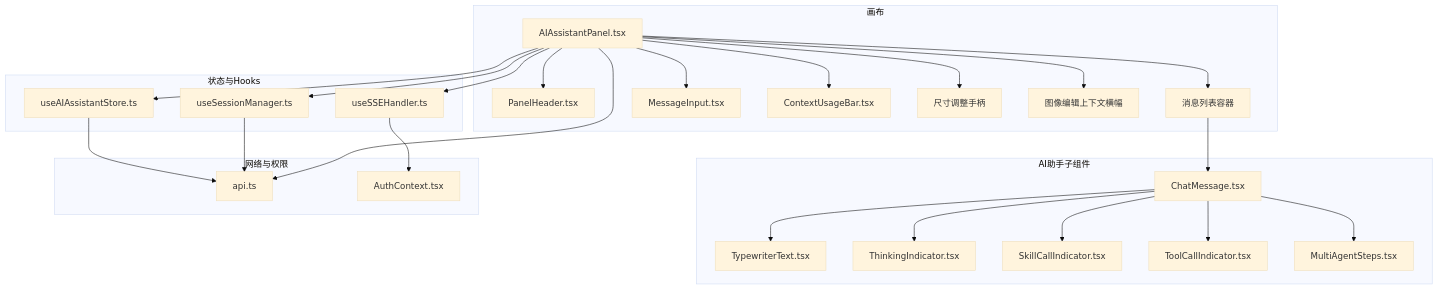
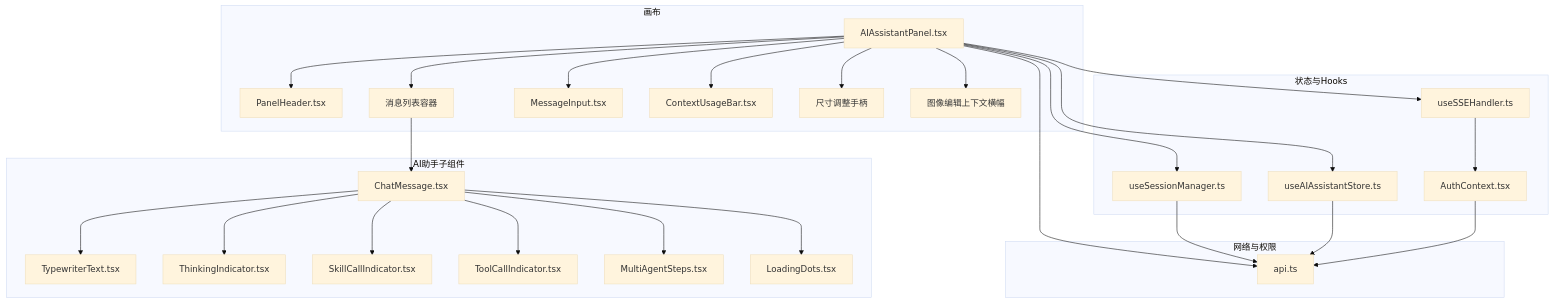
The first of 12 diagrams in .qoder/repowiki/zh/content/前端应用架构/UI组件库/画布组件系统/AI助手面板.md (KunLabAI/KunFlix), drawn with Mermaid (base theme) before and after one commit. The commit also changed other lines of this file and 11 other files, not shown here.

````diff
--- a/.qoder/repowiki/zh/content/前端应用架构/UI组件库/画布组件系统/AI助手面板.md
+++ b/.qoder/repowiki/zh/content/前端应用架构/UI组件库/画布组件系统/AI助手面板.md
@@ -66,48 +62,51 @@
 ```mermaid
 graph TB
 subgraph "画布"
 AIPanel["AIAssistantPanel.tsx"]
 Header["PanelHeader.tsx"]
 MsgList["消息列表容器"]
 InputArea["MessageInput.tsx"]
 ContextBar["ContextUsageBar.tsx"]
 Resize["尺寸调整手柄"]
 EditBanner["图像编辑上下文横幅"]
 end
 subgraph "AI助手子组件"
 ChatMsg["ChatMessage.tsx"]
 Typewriter["TypewriterText.tsx"]
 ThinkInd["ThinkingIndicator.tsx"]
 SkillInd["SkillCallIndicator.tsx"]
 ToolInd["ToolCallIndicator.tsx"]
 MAgent["MultiAgentSteps.tsx"]
+LoadingDots["LoadingDots.tsx"]
 end
 subgraph "状态与Hooks"
 Store["useAIAssistantStore.ts"]
 SessMgr["useSessionManager.ts"]
 SSE["useSSEHandler.ts"]
+Auth["AuthContext.tsx"]
 end
 subgraph "网络与权限"
 API["api.ts"]
-Auth["AuthContext.tsx"]
 end
 AIPanel --> Header
 AIPanel --> MsgList
 AIPanel --> InputArea
 AIPanel --> ContextBar
 AIPanel --> Resize
 AIPanel --> EditBanner
 MsgList --> ChatMsg
 ChatMsg --> Typewriter
 ChatMsg --> ThinkInd
 ChatMsg --> SkillInd
 ChatMsg --> ToolInd
 ChatMsg --> MAgent
+ChatMsg --> LoadingDots
 AIPanel --> Store
 AIPanel --> SessMgr
 AIPanel --> SSE
 AIPanel --> API
 SSE --> Auth
 SessMgr --> API
 Store --> API
+Auth --> API
 ```
````
